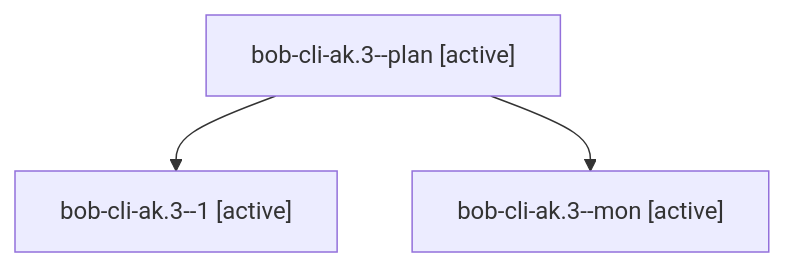
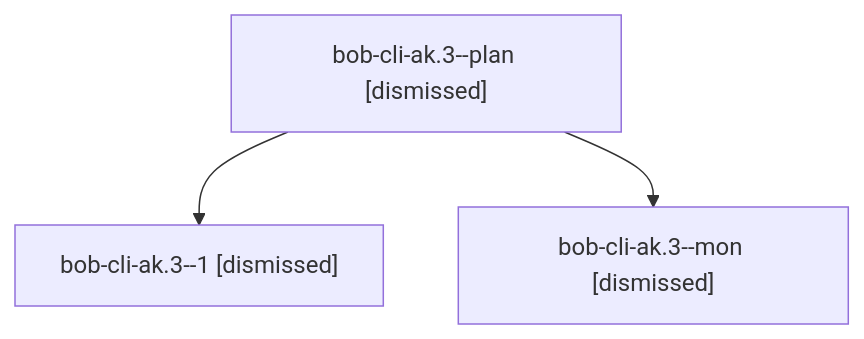
Before and after one commit to bobs-org/bob-cli--agents: the diagram in sessions/bbugyi200.apollo.bob-cli-ak.3.md, drawn with Mermaid. The commit also changed other lines of this file and 225 other files, not shown here.

````diff
--- a/sessions/bbugyi200.apollo.bob-cli-ak.3.md
+++ b/sessions/bbugyi200.apollo.bob-cli-ak.3.md
@@ -9,8 +9,8 @@
 ```mermaid
 flowchart TD
-  n0["bob-cli-ak.3--plan [active]"]
-  n1["bob-cli-ak.3--1 [active]"]
+  n0["bob-cli-ak.3--plan [dismissed]"]
+  n1["bob-cli-ak.3--1 [dismissed]"]
   n0 --> n1
-  n2["bob-cli-ak.3--mon [active]"]
+  n2["bob-cli-ak.3--mon [dismissed]"]
   n0 --> n2
 ```
````
